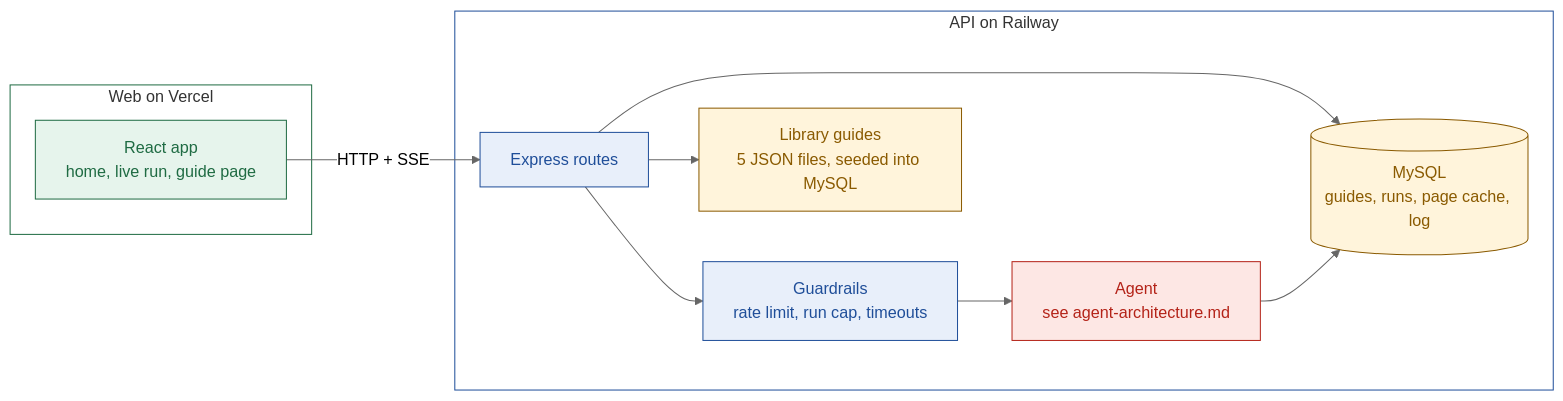
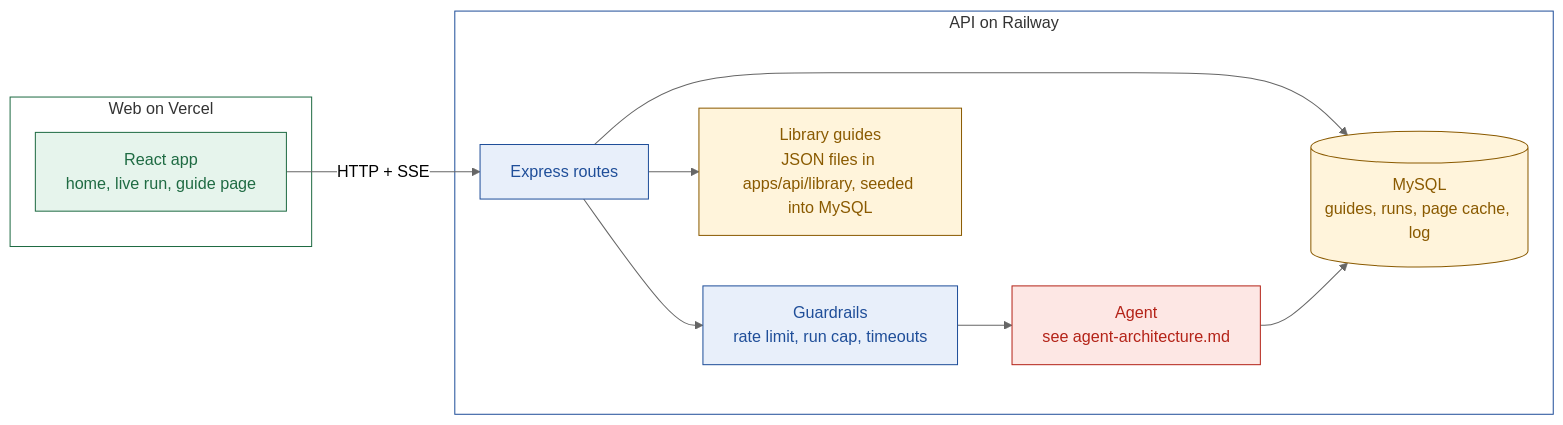
One commit to sahil-ladhania/stamp changed the first of 2 diagrams in docs/product-architecture.md. Above: the diagram before and after it, drawn with Mermaid (neutral theme). The commit also changed other lines of this file and 3 other files, not shown here.

First line of the commit message:
docs: describe the library as saved agent guides checked by code, in solution, features, architecture and API docs

````diff
--- a/docs/product-architecture.md
+++ b/docs/product-architecture.md
@@ -14,25 +14,25 @@
 ```mermaid
 flowchart LR
     subgraph WEB[Web on Vercel]
         UI[React app<br/>home, live run, guide page]:::web
     end
     subgraph API[API on Railway]
         R[Express routes]:::api
         GR[Guardrails<br/>rate limit, run cap, timeouts]:::api
         AG[Agent<br/>see agent-architecture.md]:::agent
         DB[(MySQL<br/>guides, runs, page cache, log)]:::db
-        LIB[Library guides<br/>5 JSON files, seeded into MySQL]:::db
+        LIB[Library guides<br/>JSON files in apps/api/library, seeded into MySQL]:::db
     end
     UI -->|HTTP + SSE| R
     R --> GR --> AG
     R --> DB
     R --> LIB
     AG --> DB
 
     classDef web fill:#E6F4EC,stroke:#1F6B43,color:#1F6B43
     classDef api fill:#E8EFFA,stroke:#1F4E99,color:#1F4E99
     classDef agent fill:#FDE7E4,stroke:#B42318,color:#B42318
     classDef db fill:#FFF4DB,stroke:#8A5A00,color:#8A5A00
     style WEB fill:#FFFFFF,stroke:#1F6B43
     style API fill:#FFFFFF,stroke:#1F4E99
 ```
````
